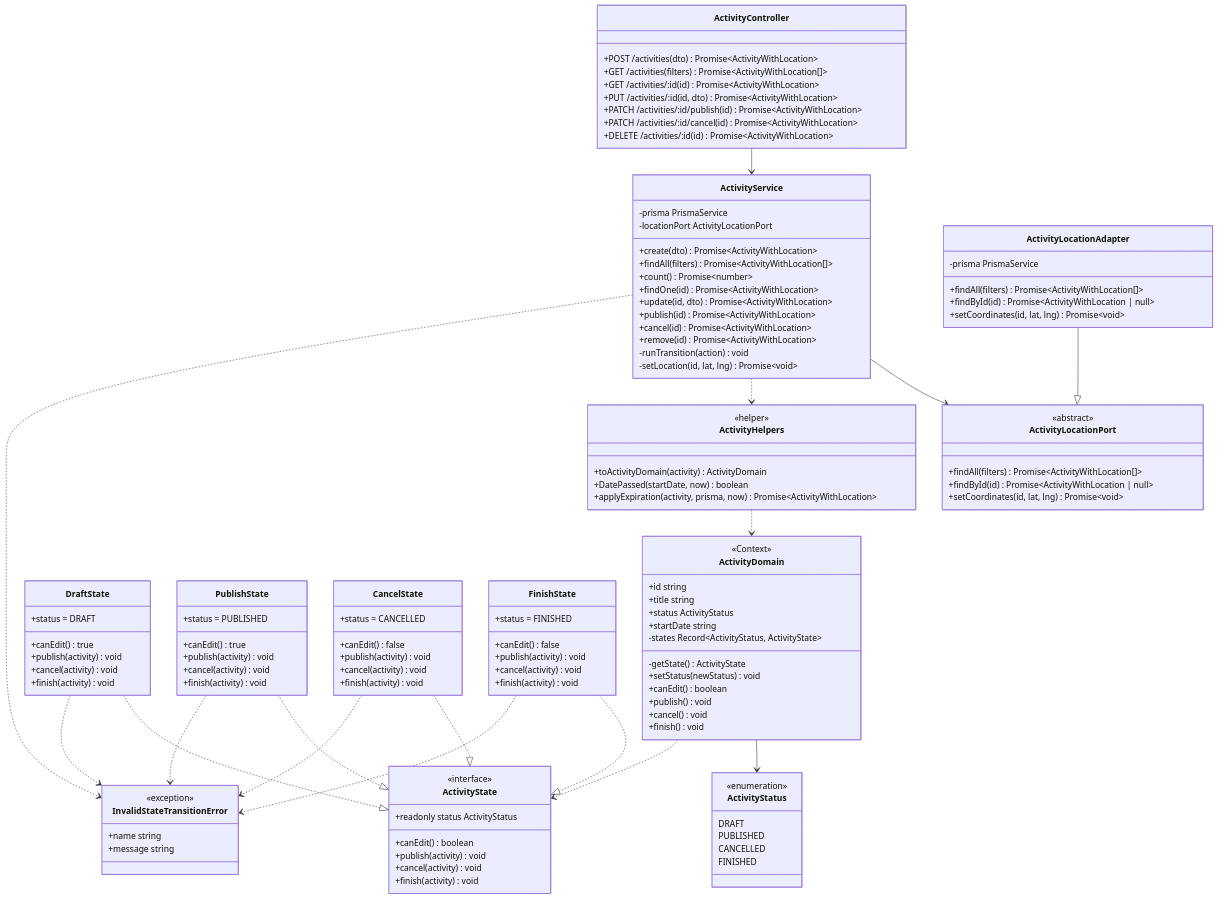
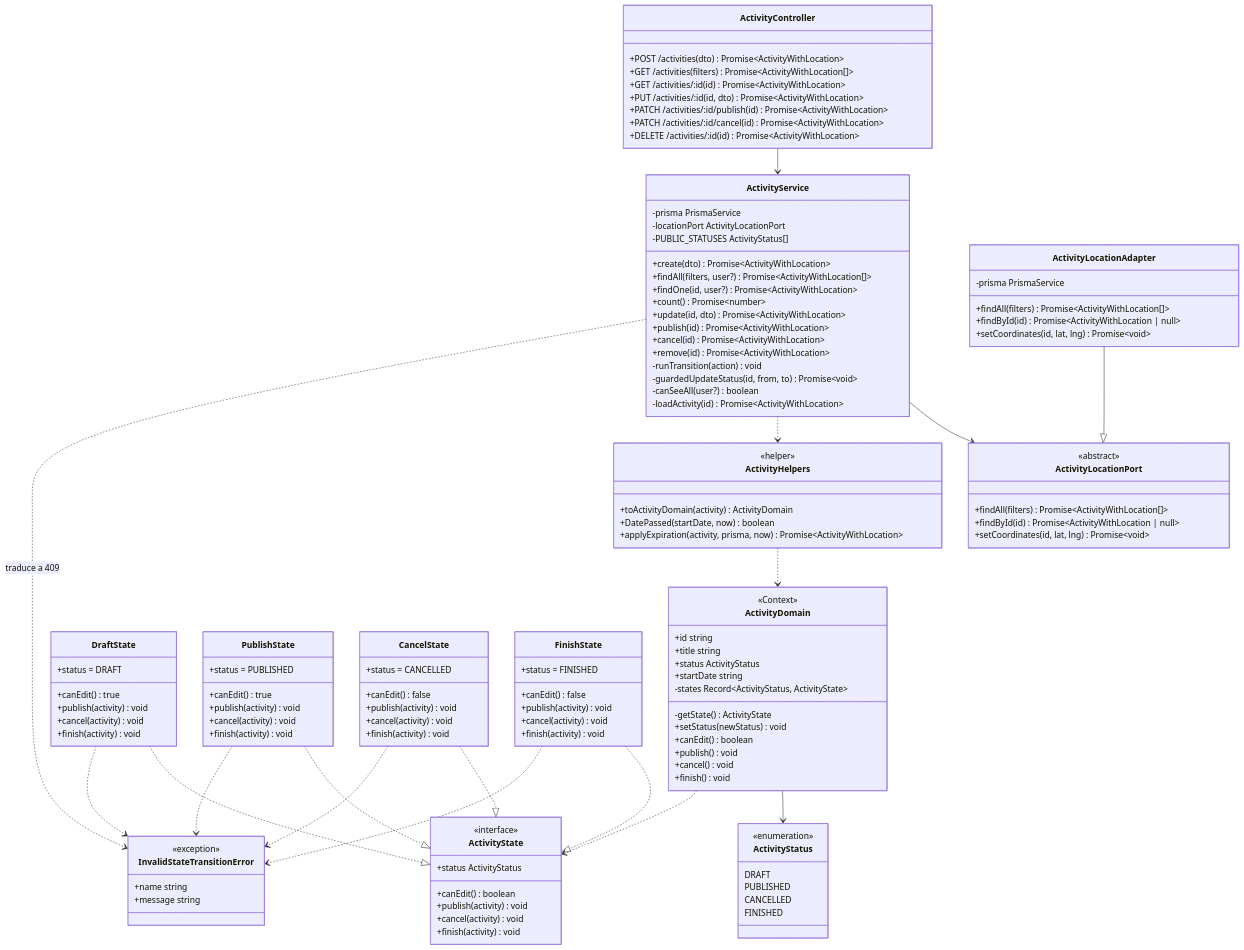
One commit to CaroDevs/Grupo1_Reto1_EventosMedellin changed the second of 2 diagrams in docs/patrones-comportamentales/justificacion.md. Above: the diagram before and after it, drawn with Mermaid. The commit also changed other lines of this file, not shown here.

```diff
--- a/docs/patrones-comportamentales/justificacion.md
+++ b/docs/patrones-comportamentales/justificacion.md
@@ -110,16 +113,19 @@
     class ActivityService {
         -prisma PrismaService
         -locationPort ActivityLocationPort
+        -PUBLIC_STATUSES ActivityStatus[]
         +create(dto) Promise~ActivityWithLocation~
-        +findAll(filters) Promise~ActivityWithLocation[]~
+        +findAll(filters, user?) Promise~ActivityWithLocation[]~
+        +findOne(id, user?) Promise~ActivityWithLocation~
         +count() Promise~number~
-        +findOne(id) Promise~ActivityWithLocation~
         +update(id, dto) Promise~ActivityWithLocation~
         +publish(id) Promise~ActivityWithLocation~
         +cancel(id) Promise~ActivityWithLocation~
         +remove(id) Promise~ActivityWithLocation~
         -runTransition(action) void
-        -setLocation(id, lat, lng) Promise~void~
+        -guardedUpdateStatus(id, from, to) Promise~void~
+        -canSeeAll(user?) boolean
+        -loadActivity(id) Promise~ActivityWithLocation~
     }
     class ActivityHelpers {
         <<helper>>
@@ -168,7 +174,7 @@
 
     class ActivityState {
         <<interface>>
-        +readonly status ActivityStatus
+        +status ActivityStatus
         +canEdit() boolean
         +publish(activity) void
         +cancel(activity) void
@@ -213,11 +219,11 @@
 
     ActivityController --> ActivityService
     ActivityService --> ActivityLocationPort
+    ActivityLocationAdapter --|> ActivityLocationPort
     ActivityService ..> ActivityHelpers
-    ActivityService ..> InvalidStateTransitionError
+    ActivityService ..> InvalidStateTransitionError : traduce a 409
     ActivityHelpers ..> ActivityDomain
-    ActivityLocationAdapter --|> ActivityLocationPort
-
+    
     ActivityDomain --> ActivityStatus
     ActivityDomain ..> ActivityState
     DraftState ..|> ActivityState
```
